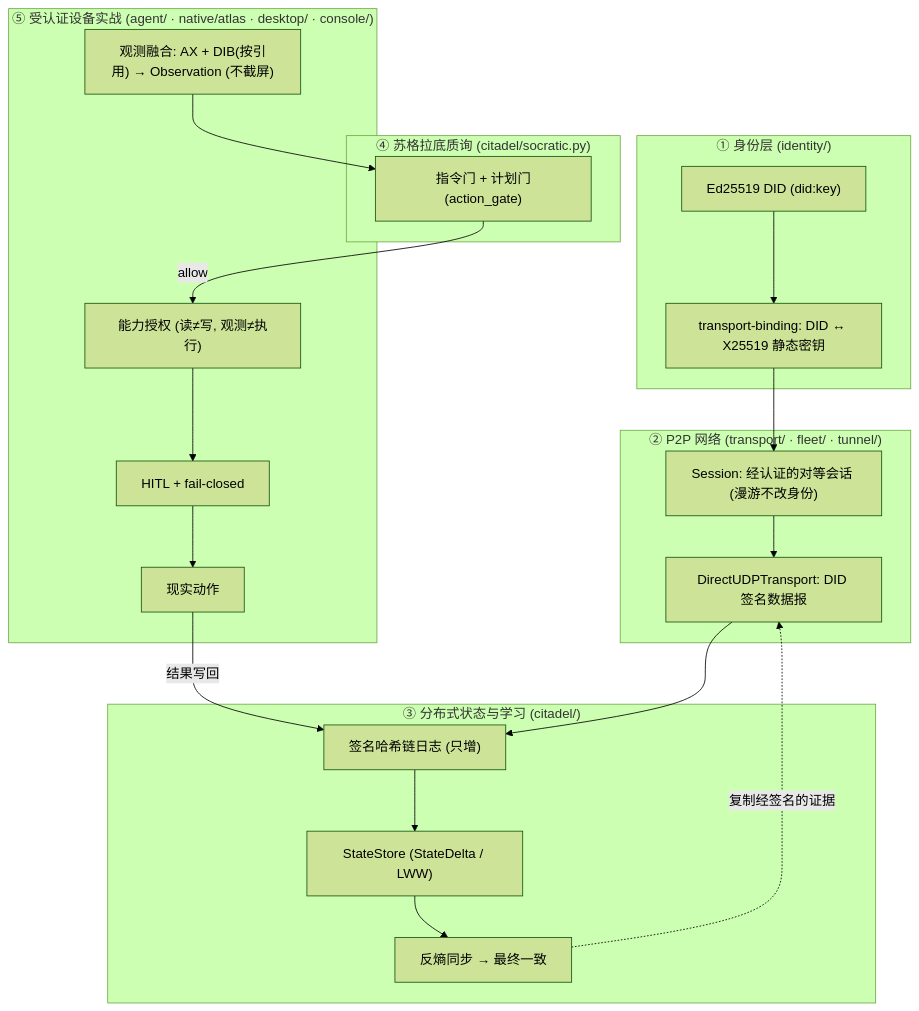
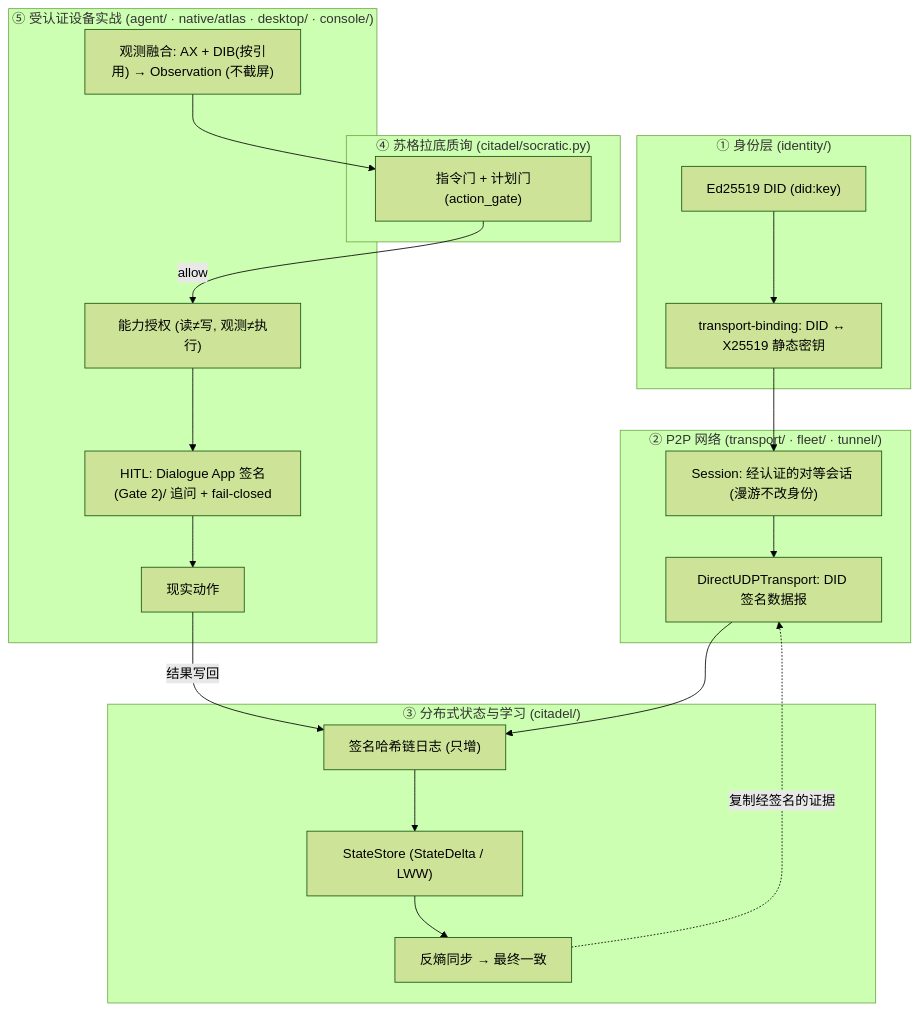
Before and after one commit to Larrydev-cpp/secdogie: the diagram in ARCHITECTURE.zh.md, drawn with Mermaid (forest theme). The commit also changed other lines of this file and 9 other files, not shown here.

First line of the commit message:
docs: stage-two architecture and roadmap, retire WireGuard / Tunnel T2 / cloud-native framing (stage 2, Wave E, part 1)

````diff
--- a/ARCHITECTURE.zh.md
+++ b/ARCHITECTURE.zh.md
@@ -133,31 +153,31 @@
 ```mermaid
 flowchart TB
     subgraph ID["① 身份层 (identity/)"]
         did["Ed25519 DID (did:key)"]
         bind["transport-binding: DID ↔ X25519 静态密钥"]
         did --> bind
     end
     subgraph NET["② P2P 网络 (transport/ · fleet/ · tunnel/)"]
         sess["Session: 经认证的对等会话 (漫游不改身份)"]
         direct["DirectUDPTransport: DID 签名数据报"]
         bind --> sess --> direct
     end
     subgraph STATE["③ 分布式状态与学习 (citadel/)"]
         jrnl["签名哈希链日志 (只增)"]
         store["StateStore (StateDelta / LWW)"]
         sync["反熵同步 → 最终一致"]
         direct --> jrnl --> store --> sync
         sync -.->|复制经签名的证据| direct
     end
     subgraph MIND["④ 苏格拉底质询 (citadel/socratic.py)"]
         gate["指令门 + 计划门(action_gate)"]
     end
     subgraph ACT["⑤ 受认证设备实战 (agent/ · native/atlas · desktop/ · console/)"]
         obs["观测融合: AX + DIB(按引用) → Observation (不截屏)"]
         cap["能力授权 (读≠写, 观测≠执行)"]
-        hitl["HITL + fail-closed"]
+        hitl["HITL: Dialogue App 签名(Gate 2)/ 追问 + fail-closed"]
         obs --> gate
         gate -->|allow| cap --> hitl --> world["现实动作"]
         world -->|结果写回| jrnl
     end
 ```
````
